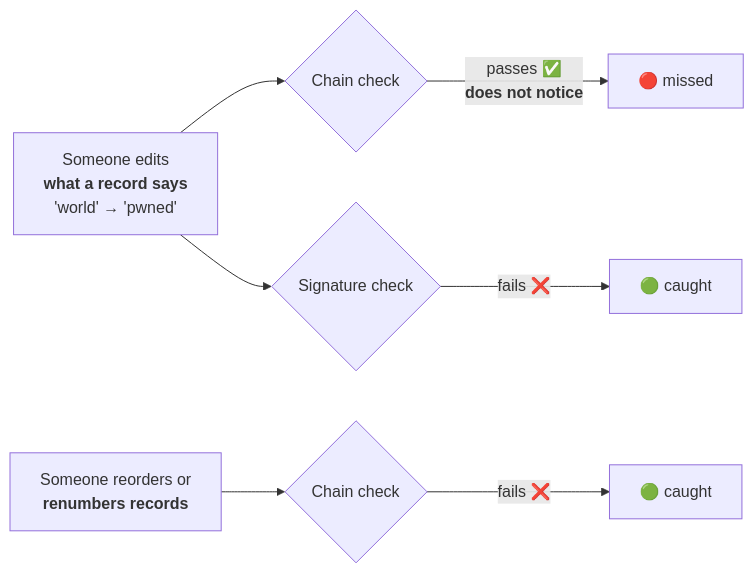
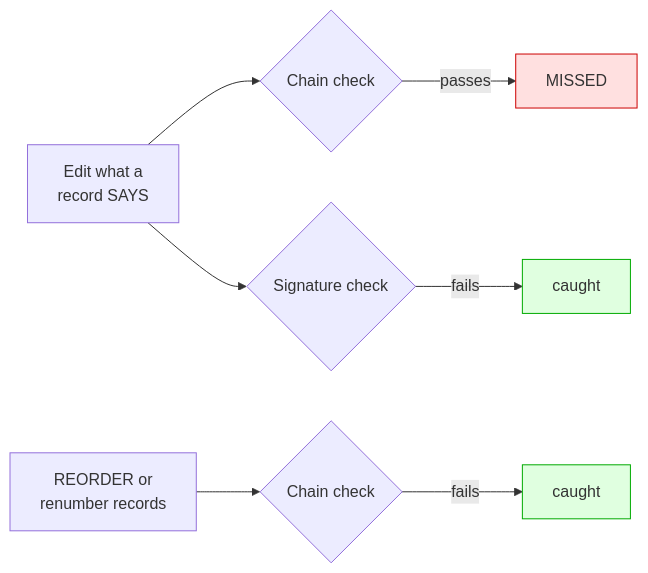
Before and after one commit to mondweep/vibe-cast: the second of 9 diagrams in README.md, drawn with Mermaid. The commit also changed other lines of this file, not shown here.

First line of the commit message:
Fix unreadable mermaid diagrams on GitHub

````diff
--- a/README.md
+++ b/README.md
@@ -176,10 +188,12 @@
 ```mermaid
 flowchart LR
-    T1["Someone edits<br/><b>what a record says</b><br/>'world' → 'pwned'"] --> C1{"Chain check"}
-    C1 -->|"passes ✅<br/><b>does not notice</b>"| X1["🔴 missed"]
+    T1["Edit what a<br/>record SAYS"] --> C1{"Chain check"}
     T1 --> S1{"Signature check"}
-    S1 -->|"fails ❌"| Y1["🟢 caught"]
-
-    T2["Someone reorders or<br/><b>renumbers records</b>"] --> C2{"Chain check"}
-    C2 -->|"fails ❌"| Y2["🟢 caught"]
+    C1 -->|passes| X1["MISSED"]
+    S1 -->|fails| Y1["caught"]
+    T2["REORDER or<br/>renumber records"] --> C2{"Chain check"}
+    C2 -->|fails| Y2["caught"]
+    style X1 fill:#ffe0e0,stroke:#c00
+    style Y1 fill:#e0ffe0,stroke:#0a0
+    style Y2 fill:#e0ffe0,stroke:#0a0
 ```
````
